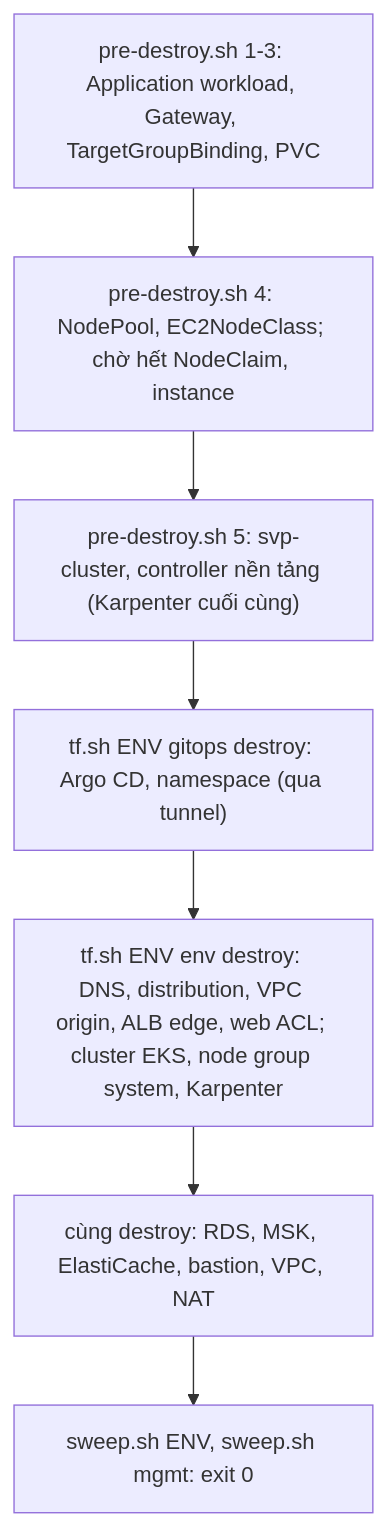
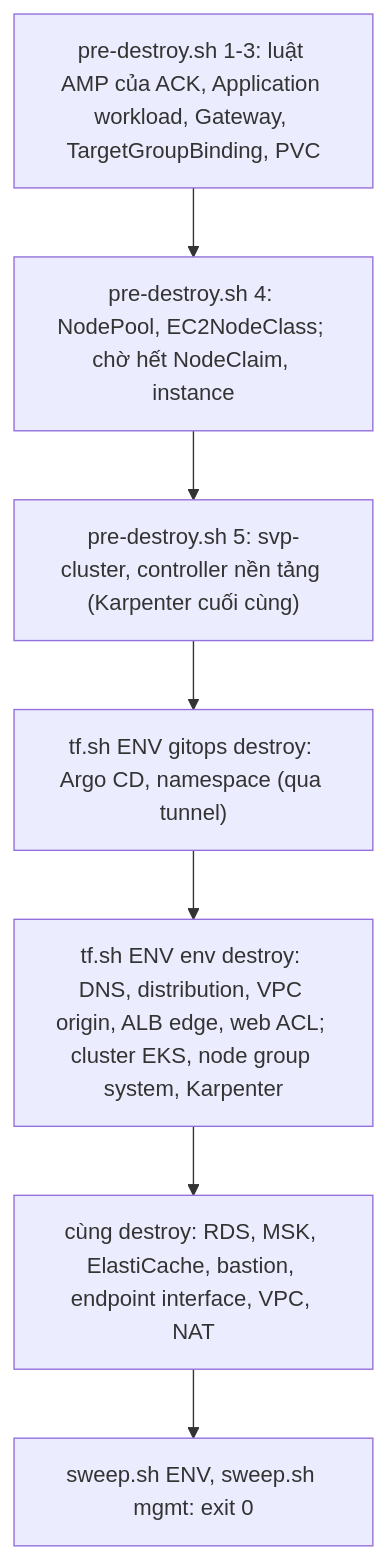
The fourth of 4 diagrams in README.md (anhnvcoder/svp-infra), drawn with Mermaid before and after one commit. The commit also changed other lines of this file and 99 other files, not shown here.

First line of the commit message:
feat: managed platform on AWS with ECR, AMP, Grafana and VPC endpoints (#39)

````diff
--- a/README.md
+++ b/README.md
@@ -373,9 +382,9 @@
 ```mermaid
 flowchart TD
-    A["pre-destroy.sh 1-3: Application workload, Gateway, TargetGroupBinding, PVC"] --> B["pre-destroy.sh 4: NodePool, EC2NodeClass; chờ hết NodeClaim, instance"]
+    A["pre-destroy.sh 1-3: luật AMP của ACK, Application workload, Gateway, TargetGroupBinding, PVC"] --> B["pre-destroy.sh 4: NodePool, EC2NodeClass; chờ hết NodeClaim, instance"]
     B --> C["pre-destroy.sh 5: svp-cluster, controller nền tảng (Karpenter cuối cùng)"]
     C --> D["tf.sh ENV gitops destroy: Argo CD, namespace (qua tunnel)"]
     D --> E["tf.sh ENV env destroy: DNS, distribution, VPC origin, ALB edge, web ACL; cluster EKS, node group system, Karpenter"]
-    E --> F["cùng destroy: RDS, MSK, ElastiCache, bastion, VPC, NAT"]
+    E --> F["cùng destroy: RDS, MSK, ElastiCache, bastion, endpoint interface, VPC, NAT"]
     F --> G["sweep.sh ENV, sweep.sh mgmt: exit 0"]
 ```
````
